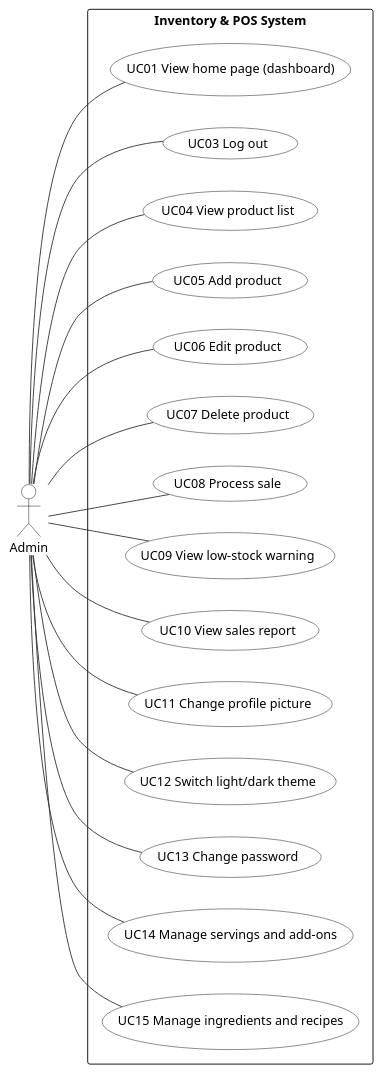
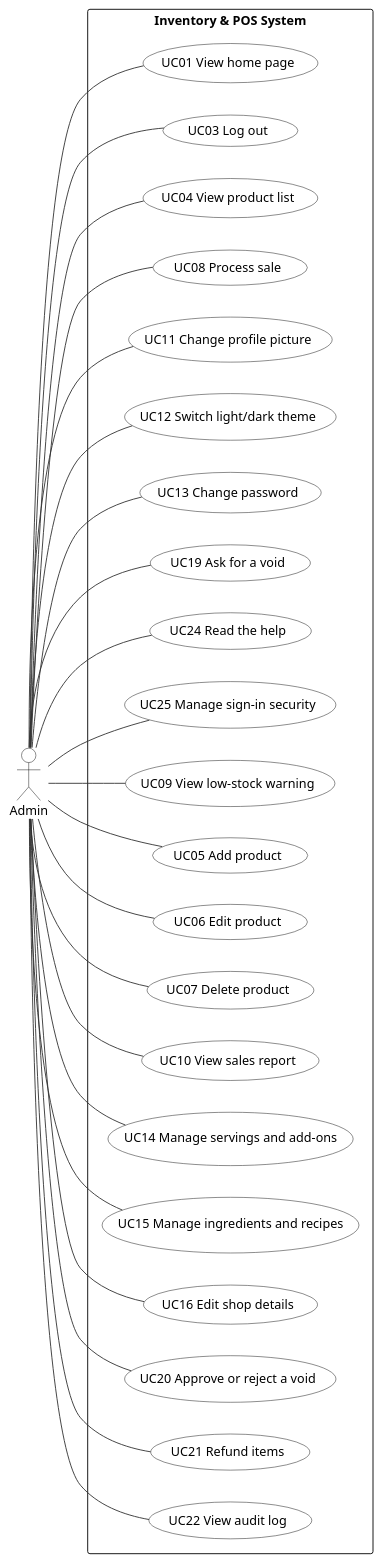
The diagram in diagrams/uml/16_actor_admin.puml (JmlAsync/inventory-pos-system), drawn with PlantUML before and after one commit. The commit also changed 82 other files, not shown here.

```diff
--- a/diagrams/uml/16_actor_admin.puml
+++ b/diagrams/uml/16_actor_admin.puml
@@ -1,74 +1,88 @@
 @startuml
-' Use cases of the Admin - Inventory & POS System v0.20.4 (report, Lecture 5; redrawn 2026-10-12)
+' Use cases of the Admin - Inventory & POS System v0.32.0 (report, Lecture 5-7; redrawn 2026-10-27)
 ' Edit: paste into draw.io (Arrange > Insert > Advanced > PlantUML) or planttext.com
 skinparam defaultFontName Arial
 skinparam shadowing false
 skinparam ArrowColor #333333
 skinparam rectangle {
   BackgroundColor White
   BorderColor Black
 }
 skinparam usecase {
   BackgroundColor White
   BorderColor Black
 }
 skinparam class {
   BackgroundColor White
   BorderColor Black
   HeaderBackgroundColor #E6F1EE
 }
 skinparam activity {
   BackgroundColor White
   BorderColor Black
 }
 skinparam state {
   BackgroundColor White
   BorderColor Black
 }
 skinparam sequence {
   ParticipantBackgroundColor White
   ParticipantBorderColor Black
   LifeLineBorderColor #888888
   ActorBorderColor Black
   ActorBackgroundColor White
 }
 skinparam note {
   BackgroundColor #FFFBEA
   BorderColor #C9B458
 }
 skinparam swimlaneWidth same
 hide circle
 
 left to right direction
 actor "Admin" as A
 rectangle "Inventory & POS System" {
-  usecase "UC01 View home page (dashboard)" as U0
-  usecase "UC03 Log out" as U1
-  usecase "UC04 View product list" as U2
-  usecase "UC05 Add product" as U3
-  usecase "UC06 Edit product" as U4
-  usecase "UC07 Delete product" as U5
-  usecase "UC08 Process sale" as U6
-  usecase "UC09 View low-stock warning" as U7
-  usecase "UC10 View sales report" as U8
-  usecase "UC11 Change profile picture" as U9
-  usecase "UC12 Switch light/dark theme" as U10
-  usecase "UC13 Change password" as U11
-  usecase "UC14 Manage servings and add-ons" as U12
-  usecase "UC15 Manage ingredients and recipes" as U13
+  usecase "UC01 View home page" as UC01
+  usecase "UC03 Log out" as UC03
+  usecase "UC04 View product list" as UC04
+  usecase "UC08 Process sale" as UC08
+  usecase "UC11 Change profile picture" as UC11
+  usecase "UC12 Switch light/dark theme" as UC12
+  usecase "UC13 Change password" as UC13
+  usecase "UC19 Ask for a void" as UC19
+  usecase "UC24 Read the help" as UC24
+  usecase "UC25 Manage sign-in security" as UC25
+  usecase "UC09 View low-stock warning" as UC09
+  usecase "UC05 Add product" as UC05
+  usecase "UC06 Edit product" as UC06
+  usecase "UC07 Delete product" as UC07
+  usecase "UC10 View sales report" as UC10
+  usecase "UC14 Manage servings and add-ons" as UC14
+  usecase "UC15 Manage ingredients and recipes" as UC15
+  usecase "UC16 Edit shop details" as UC16
+  usecase "UC20 Approve or reject a void" as UC20
+  usecase "UC21 Refund items" as UC21
+  usecase "UC22 View audit log" as UC22
 }
-A -- U0
-A -- U1
-A -- U2
-A -- U3
-A -- U4
-A -- U5
-A -- U6
-A -- U7
-A -- U8
-A -- U9
-A -- U10
-A -- U11
-A -- U12
-A -- U13
+A -- UC01
+A -- UC03
+A -- UC04
+A -- UC08
+A -- UC11
+A -- UC12
+A -- UC13
+A -- UC19
+A -- UC24
+A -- UC25
+A -- UC09
+A -- UC05
+A -- UC06
+A -- UC07
+A -- UC10
+A -- UC14
+A -- UC15
+A -- UC16
+A -- UC20
+A -- UC21
+A -- UC22
 @enduml
```
